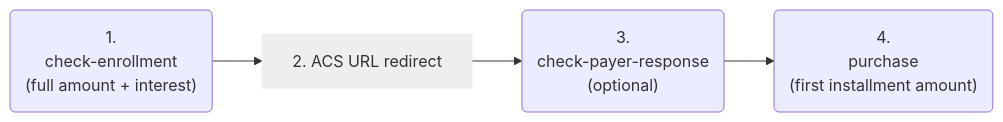
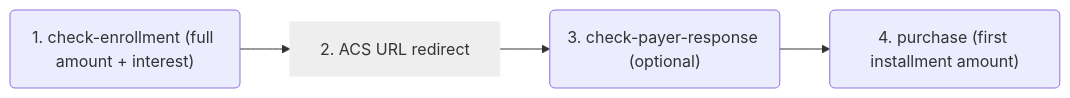
Before and after one commit to wirecard/merchant-documentation-gateway: diagram 12 of 17 in 11-01-09-three-d-secure-two-payment-flows.adoc, drawn with Mermaid. The commit also changed other lines of this file and 1 other file, not shown here.

Commit message:
Update diagrams

```diff
--- a/11-01-09-three-d-secure-two-payment-flows.adoc
+++ b/11-01-09-three-d-secure-two-payment-flows.adoc
@@ -2150,9 +2150,9 @@
 [mermaid,API_CC_3DS2_PaymentFlows_InstallmentMIT_FirstPaymentAndInstallment_FirstCI,svg,width=60]
 ----
 graph LR
-A("<center>1.<br>check-enrollment<br>(full amount + interest)</center>")-->B
-B["<center>2. ACS URL redirect</center>"]-->C
-C("<center>3.<br>check-payer-response<br>(optional)</center>")-->D
-D("<center>4.<br>purchase<br>(first installment amount)</center>")
+A("1. check-enrollment (full amount + interest)")-->B
+B["2. ACS URL redirect"]-->C
+C("3. check-payer-response (optional)")-->D
+D("4. purchase (first installment amount)")
 style B fill:#eee, stroke:#eee
 ----
```
